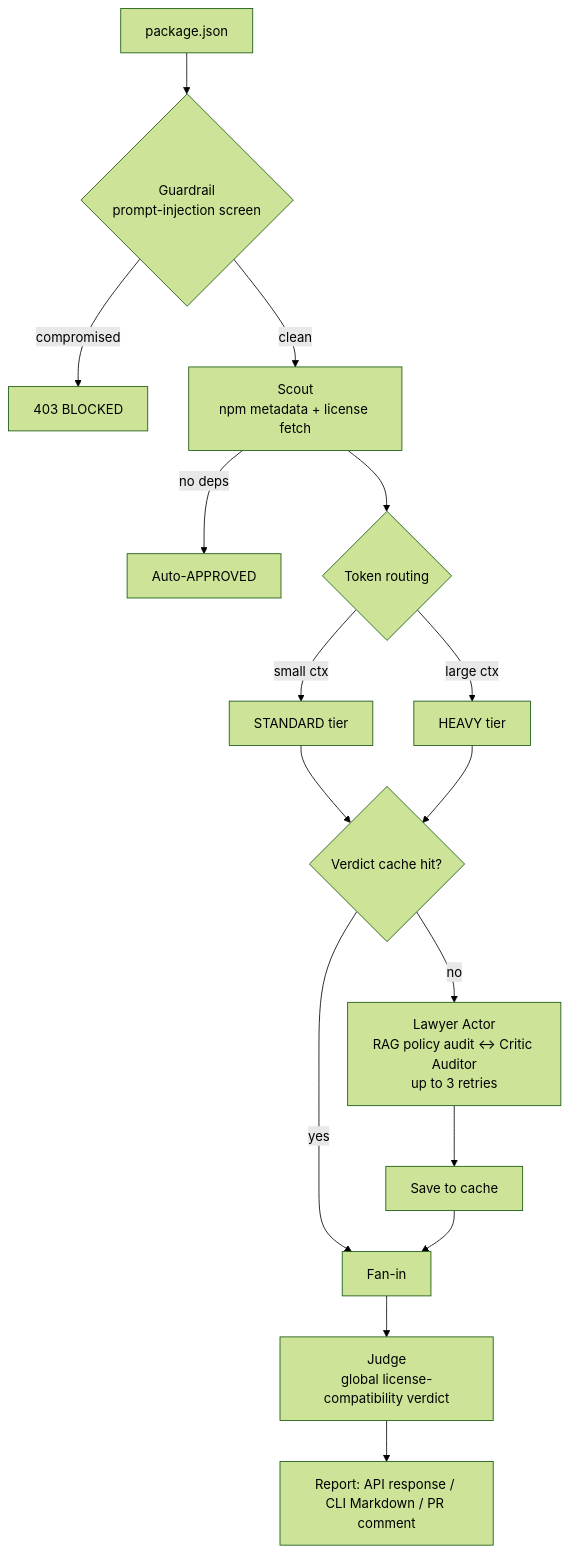
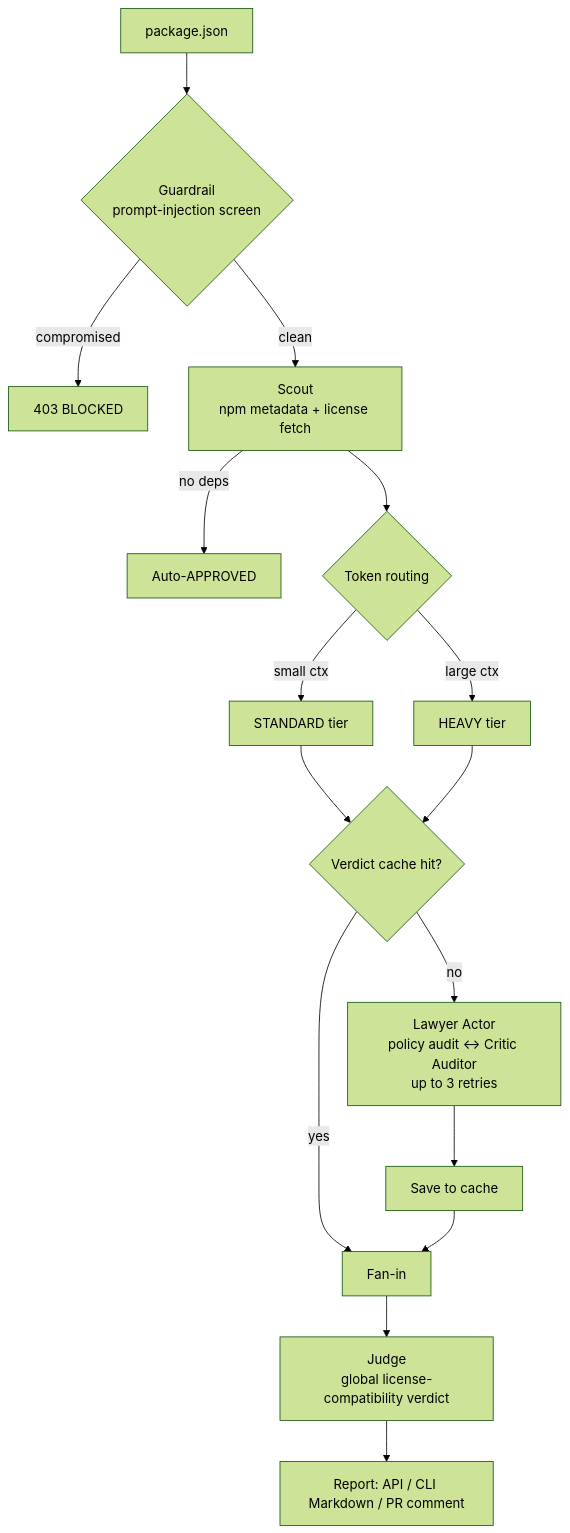
The diagram in README.md (zablotski/sentinel-ai), drawn with Mermaid (forest theme) before and after one commit. The commit also changed other lines of this file and 8 other files, not shown here.

````diff
--- a/README.md
+++ b/README.md
@@ -229,16 +70,16 @@
 ```mermaid
 flowchart TD
     A[package.json] --> B{Guardrail<br/>prompt-injection screen}
     B -- compromised --> X[403 BLOCKED]
     B -- clean --> C[Scout<br/>npm metadata + license fetch]
     C -- no deps --> Y[Auto-APPROVED]
     C --> D{Token routing}
     D -- small ctx --> E[STANDARD tier]
     D -- large ctx --> F[HEAVY tier]
     E & F --> G{Verdict cache hit?}
     G -- yes --> J[Fan-in]
-    G -- no --> H[Lawyer Actor<br/>RAG policy audit ↔ Critic Auditor<br/>up to 3 retries]
+    G -- no --> H[Lawyer Actor<br/>policy audit ↔ Critic Auditor<br/>up to 3 retries]
     H --> I[Save to cache] --> J
     J --> K[Judge<br/>global license-compatibility verdict]
-    K --> L[Report: API response / CLI Markdown / PR comment]
+    K --> L[Report: API / CLI Markdown / PR comment]
 ```
````
